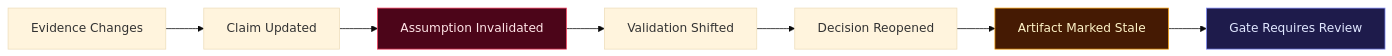
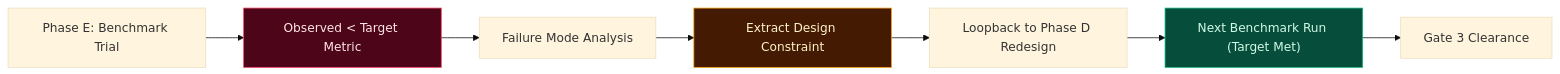
One commit to markalvincadangin/CONVERA changed the third of 3 diagrams in docs/CONVERA_MASTER_ARCHITECTURE.md. Above: the diagram before and after it, drawn with Mermaid (base theme). The commit also changed other lines of this file and 1 other file, not shown here.

First line of the commit message:
docs(architecture): synchronize Master Architecture and CIIA with implemented reality

````diff
--- a/docs/CONVERA_MASTER_ARCHITECTURE.md
+++ b/docs/CONVERA_MASTER_ARCHITECTURE.md
@@ -273,13 +229,13 @@
 ```mermaid
 graph LR
-    EV["Evidence Changes"] --> CL["Claim Updated"]
-    CL --> AS["Assumption Invalidated"]
-    AS --> VR["Validation Shifted"]
-    VR --> DC["Decision Reopened"]
-    DC --> AR["Artifact Marked Stale"]
-    AR --> GT["Gate Requires Review"]
-    
-    style AS fill:#4c0519,stroke:#f43f5e,color:#ffe4e6
-    style AR fill:#451a03,stroke:#f59e0b,color:#fef3c7
-    style GT fill:#1e1b4b,stroke:#818cf8,color:#e0e7ff
+    EVAL_RUN["Phase E: Benchmark Trial"] --> FAIL["Observed < Target Metric"]
+    FAIL --> ANALYZE["Failure Mode Analysis"]
+    ANALYZE --> CONST["Extract Design Constraint"]
+    CONST --> LOOP["Loopback to Phase D Redesign"]
+    LOOP --> PASS["Next Benchmark Run (Target Met)"]
+    PASS --> GATE3["Gate 3 Clearance"]
+
+    style FAIL fill:#4c0519,stroke:#f43f5e,color:#ffe4e6
+    style CONST fill:#451a03,stroke:#f59e0b,color:#fef3c7
+    style PASS fill:#064e3b,stroke:#10b981,color:#d1fae5
 ```
````
